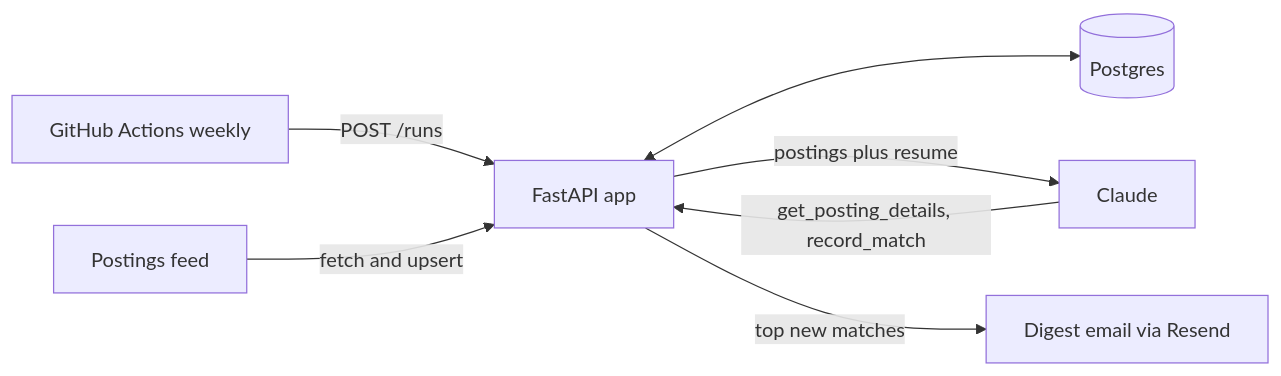
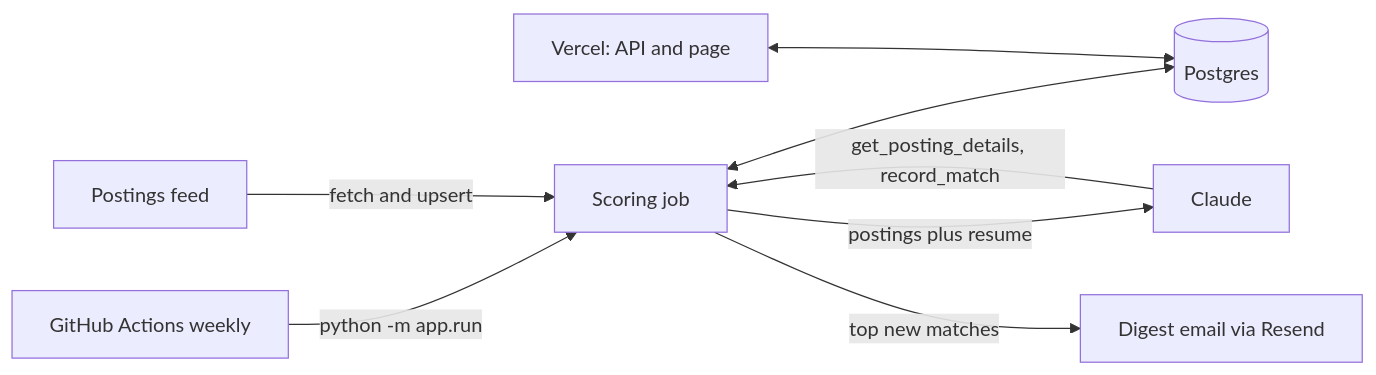
Before and after one commit to trism-dev/internship-scout-agent: the diagram in README.md, drawn with Mermaid. The commit also changed other lines of this file and 8 other files, not shown here.

First line of the commit message:
Run on Vercel Hobby with scoring in GitHub Actions (#14)

````diff
--- a/README.md
+++ b/README.md
@@ -14,9 +14,10 @@
 ```mermaid
 flowchart LR
-    S[GitHub Actions weekly] -->|POST /runs| A[FastAPI app]
-    F[Postings feed] -->|fetch and upsert| A
-    A <--> D[(Postgres)]
-    A -->|postings plus resume| C[Claude]
-    C -->|get_posting_details, record_match| A
-    A -->|top new matches| E[Digest email via Resend]
+    S[GitHub Actions weekly] -->|python -m app.run| J[Scoring job]
+    F[Postings feed] -->|fetch and upsert| J
+    J <--> D[(Postgres)]
+    J -->|postings plus resume| C[Claude]
+    C -->|get_posting_details, record_match| J
+    J -->|top new matches| E[Digest email via Resend]
+    V[Vercel: API and page] <--> D
 ```
````
